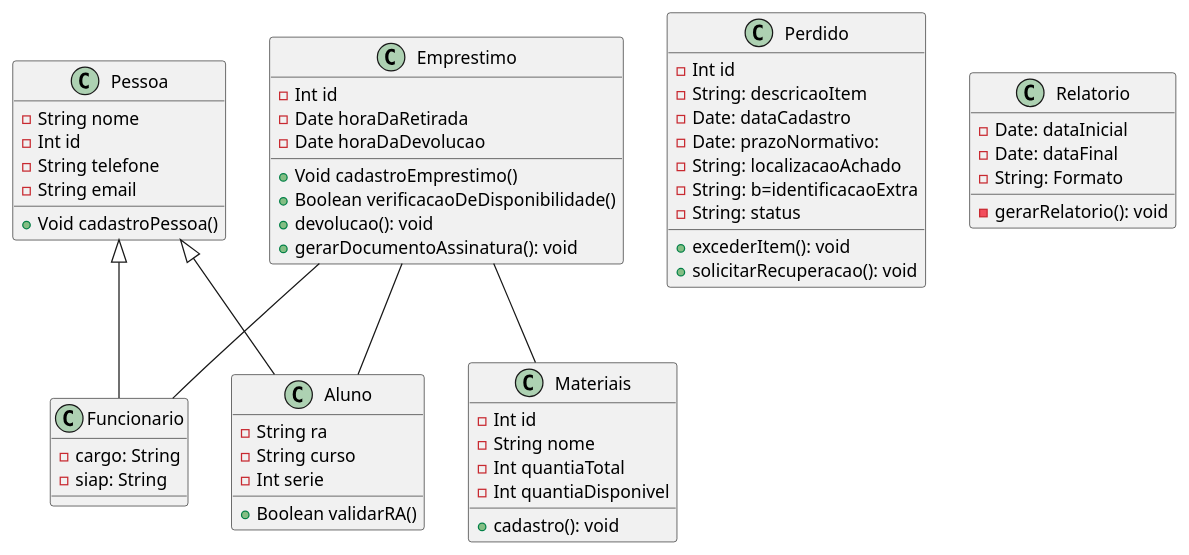
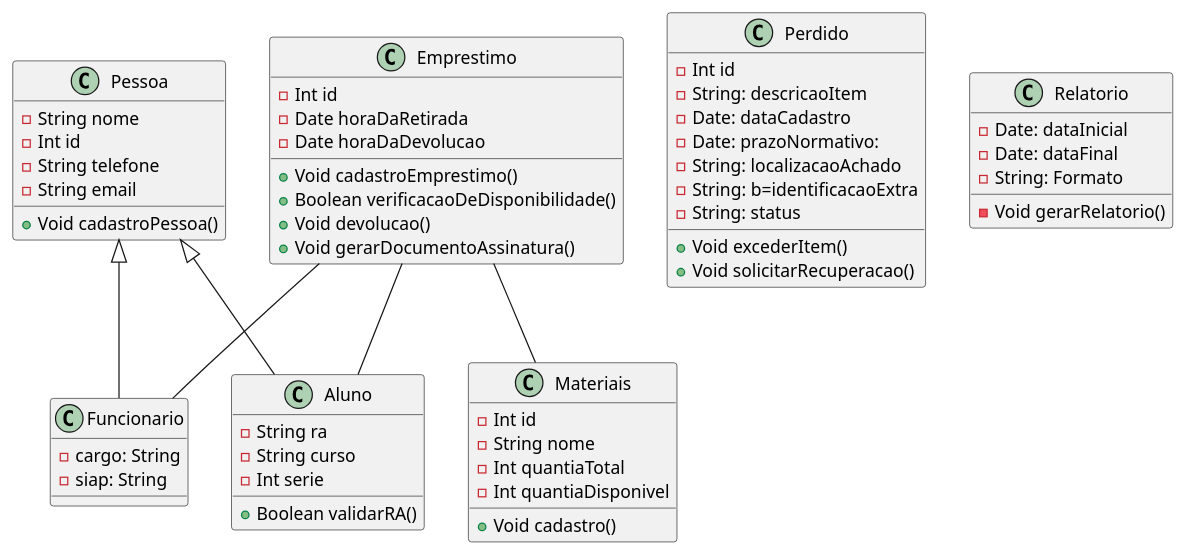
The diagram in diagramaDeClasse.puml (danielalvesmoura/APS-Compartilhado), drawn with PlantUML before and after one commit.

Commit message:
Padronização de escrita de métodos

```diff
--- a/diagramaDeClasse.puml
+++ b/diagramaDeClasse.puml
@@ -1,72 +1,72 @@
 @startuml   
 
 class Pessoa { 
     -String nome
     -Int id
     -String telefone
     -String email
 
     +Void cadastroPessoa()
 }
  
 class Aluno {
     -String ra
     -String curso
     -Int serie
 
     +Boolean validarRA()
 }
 
 class Funcionario {
     -cargo: String
     -siap: String
 }
 
 class Materiais {
     -Int id
     -String nome
     -Int quantiaTotal
     -Int quantiaDisponivel
 
-    +cadastro(): void
+    +Void cadastro()
 }
 
 class Emprestimo{
     -Int id
     -Date horaDaRetirada
     -Date horaDaDevolucao
 
     +Void cadastroEmprestimo()
     +Boolean verificacaoDeDisponibilidade()
-    +devolucao(): void
-    +gerarDocumentoAssinatura(): void
+    +Void devolucao()
+    +Void gerarDocumentoAssinatura()
 }
 
 class Perdido {
     -Int id
     -String: descricaoItem
     -Date: dataCadastro
     -Date: prazoNormativo: 
     -String: localizacaoAchado
     -String: b=identificacaoExtra
     -String: status
-    +excederItem(): void
-    +solicitarRecuperacao(): void
+    +Void excederItem()
+    +Void solicitarRecuperacao()
 }
 
 class Relatorio {
     -Date: dataInicial
     -Date: dataFinal
     -String: Formato
-    -gerarRelatorio(): void
+    -Void gerarRelatorio()
 }
 
 
 Pessoa <|-- Aluno
 Pessoa <|-- Funcionario
 Emprestimo -- Materiais
 Emprestimo -- Aluno
 Emprestimo -- Funcionario
 
 
 @enduml
```
